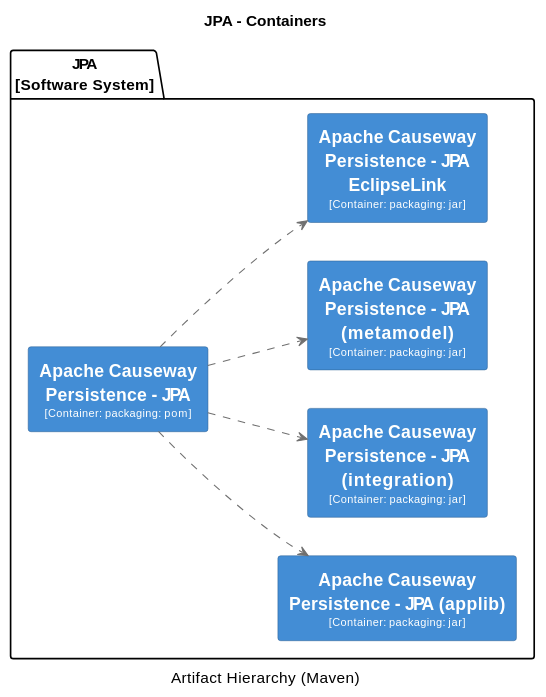
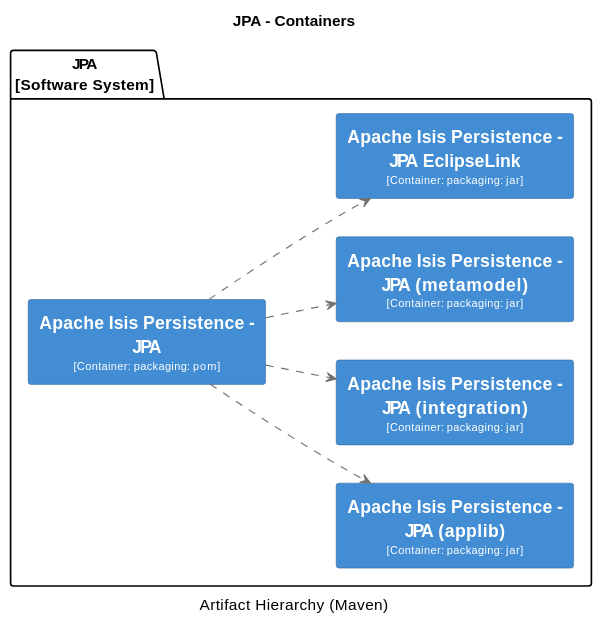
The tenth of 32 diagrams in core/adoc/modules/_overview/pages/about.adoc (Supermajestcd/XMP--toolkits), drawn with PlantUML before and after one commit. The commit also changed other lines of this file and 13521 other files, not shown here.

Commit message:
Initialize dependabot/maven/master/org.eclipse.persistence-org.eclipse.persistence.moxy-4.0.0

```diff
--- a/core/adoc/modules/_overview/pages/about.adoc
+++ b/core/adoc/modules/_overview/pages/about.adoc
@@ -2060,53 +2300,53 @@
 [plantuml,JPA,svg]
 ----
 @startuml(id=JPA)
 title JPA - Containers
 caption Artifact Hierarchy (Maven)
 
 skinparam {
   shadowing false
   arrowFontSize 10
   defaultTextAlignment center
   wrapWidth 200
   maxMessageSize 100
 }
 hide stereotype
 left to right direction
 skinparam rectangle<<2>> {
   BackgroundColor #438dd5
   FontColor #fffffe
   BorderColor #2E6295
 }
 skinparam rectangle<<3>> {
   BackgroundColor #438dd5
   FontColor #fffffe
   BorderColor #2E6295
 }
 skinparam rectangle<<4>> {
   BackgroundColor #438dd5
   FontColor #fffffe
   BorderColor #2E6295
 }
 skinparam rectangle<<5>> {
   BackgroundColor #438dd5
   FontColor #fffffe
   BorderColor #2E6295
 }
 skinparam rectangle<<6>> {
   BackgroundColor #438dd5
   FontColor #fffffe
   BorderColor #2E6295
 }
 package "JPA\n[Software System]" {
-  rectangle "==Apache Causeway Persistence - JPA\n<size:10>[Container: packaging: pom]</size>" <<2>> as 2
-  rectangle "==Apache Causeway Persistence - JPA (applib)\n<size:10>[Container: packaging: jar]</size>" <<3>> as 3
-  rectangle "==Apache Causeway Persistence - JPA (integration)\n<size:10>[Container: packaging: jar]</size>" <<5>> as 5
-  rectangle "==Apache Causeway Persistence - JPA (metamodel)\n<size:10>[Container: packaging: jar]</size>" <<6>> as 6
-  rectangle "==Apache Causeway Persistence - JPA EclipseLink\n<size:10>[Container: packaging: jar]</size>" <<4>> as 4
+  rectangle "==Apache Isis Persistence - JPA\n<size:10>[Container: packaging: pom]</size>" <<2>> as 2
+  rectangle "==Apache Isis Persistence - JPA (applib)\n<size:10>[Container: packaging: jar]</size>" <<3>> as 3
+  rectangle "==Apache Isis Persistence - JPA (integration)\n<size:10>[Container: packaging: jar]</size>" <<5>> as 5
+  rectangle "==Apache Isis Persistence - JPA (metamodel)\n<size:10>[Container: packaging: jar]</size>" <<6>> as 6
+  rectangle "==Apache Isis Persistence - JPA EclipseLink\n<size:10>[Container: packaging: jar]</size>" <<4>> as 4
 }
 2 .[#707070].> 3 : ""
 2 .[#707070].> 5 : ""
 2 .[#707070].> 6 : ""
 2 .[#707070].> 4 : ""
 @enduml
 ----
```
